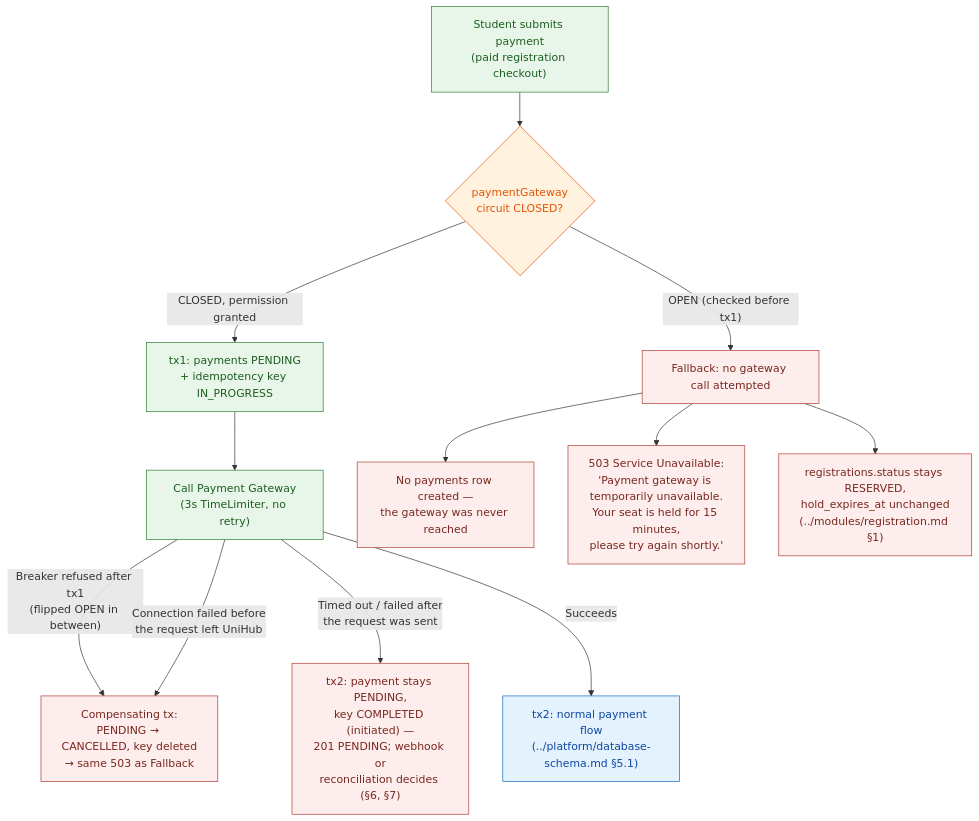
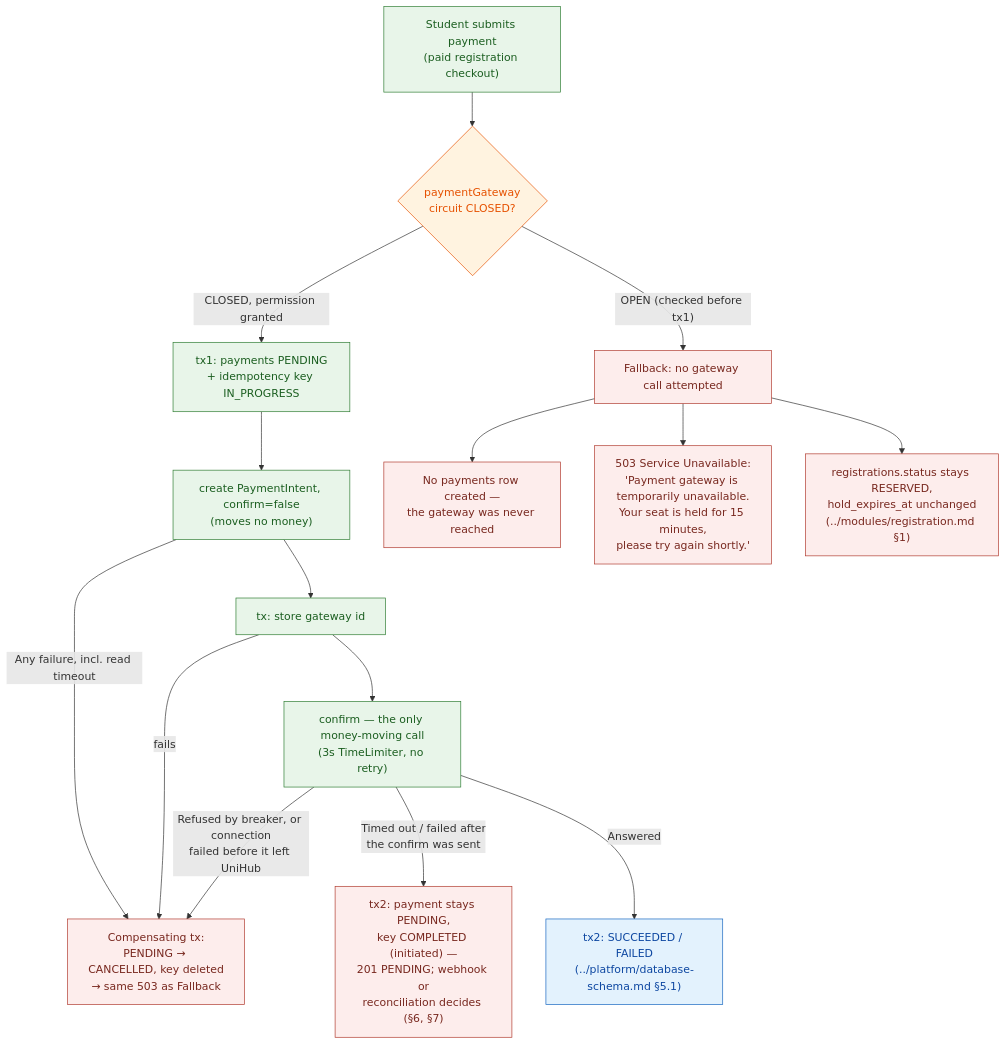
One commit to tiennt220805/UniHub changed the first of 2 diagrams in docs/technical-design/modules/payment.md. Above: the diagram before and after it, drawn with Mermaid. The commit also changed other lines of this file and 3 other files, not shown here.

First line of the commit message:
docs(modules): create/confirm charge, full PaymentIntent mapping, logging audit, CSP

````diff
--- a/docs/technical-design/modules/payment.md
+++ b/docs/technical-design/modules/payment.md
@@ -117,26 +119,29 @@
 ```mermaid
 flowchart TD
     Checkout["Student submits payment<br/>(paid registration checkout)"] --> CB{"paymentGateway<br/>circuit CLOSED?"}
     CB -->|"OPEN (checked before tx1)"| Fallback["Fallback: no gateway call attempted"]
     CB -->|CLOSED, permission granted| Tx1["tx1: payments PENDING<br/>+ idempotency key IN_PROGRESS"]
-    Tx1 --> Call["Call Payment Gateway<br/>(3s TimeLimiter, no retry)"]
-    Call -->|"Breaker refused after tx1<br/>(flipped OPEN in between)"| Comp["Compensating tx:<br/>PENDING → CANCELLED, key deleted<br/>→ same 503 as Fallback"]
-    Call -->|"Connection failed before<br/>the request left UniHub"| Comp
-    Call -->|"Timed out / failed after<br/>the request was sent"| Keep["tx2: payment stays PENDING,<br/>key COMPLETED (initiated) —<br/>201 PENDING; webhook or<br/>reconciliation decides (§6, §7)"]
-    Call -->|Succeeds| Normal["tx2: normal payment flow<br/>(../platform/database-schema.md §5.1)"]
+    Tx1 --> Create["create PaymentIntent, confirm=false<br/>(moves no money)"]
+    Create -->|"Any failure, incl. read timeout"| Comp["Compensating tx:<br/>PENDING → CANCELLED, key deleted<br/>→ same 503 as Fallback"]
+    Create --> Attach["tx: store gateway id"]
+    Attach -->|fails| Comp
+    Attach --> Call["confirm — the only money-moving call<br/>(3s TimeLimiter, no retry)"]
+    Call -->|"Refused by breaker, or connection<br/>failed before it left UniHub"| Comp
+    Call -->|"Timed out / failed after<br/>the confirm was sent"| Keep["tx2: payment stays PENDING,<br/>key COMPLETED (initiated) —<br/>201 PENDING; webhook or<br/>reconciliation decides (§6, §7)"]
+    Call -->|Answered| Normal["tx2: SUCCEEDED / FAILED<br/>(../platform/database-schema.md §5.1)"]
 
     Fallback --> NoRow["No payments row created —<br/>the gateway was never reached"]
     Fallback --> Response["503 Service Unavailable:<br/>'Payment gateway is temporarily unavailable.<br/>Your seat is held for 15 minutes,<br/>please try again shortly.'"]
     Fallback --> HoldUntouched["registrations.status stays RESERVED,<br/>hold_expires_at unchanged<br/>(../modules/registration.md §1)"]
 
     classDef flowStyle fill:#E8F5E9,stroke:#2E7D32,color:#1B5E20
     classDef checkStyle fill:#FFF3E0,stroke:#E65100,color:#E65100
     classDef fallbackStyle fill:#FDEDEC,stroke:#B03A2E,color:#78281F
     classDef normalStyle fill:#E3F2FD,stroke:#1565C0,color:#0D47A1
 
     class Checkout,Call flowStyle
     class CB checkStyle
     class Fallback,NoRow,Response,HoldUntouched,Comp,Keep fallbackStyle
-    class Tx1 flowStyle
+    class Tx1,Create,Attach flowStyle
     class Normal normalStyle
 ```
````
